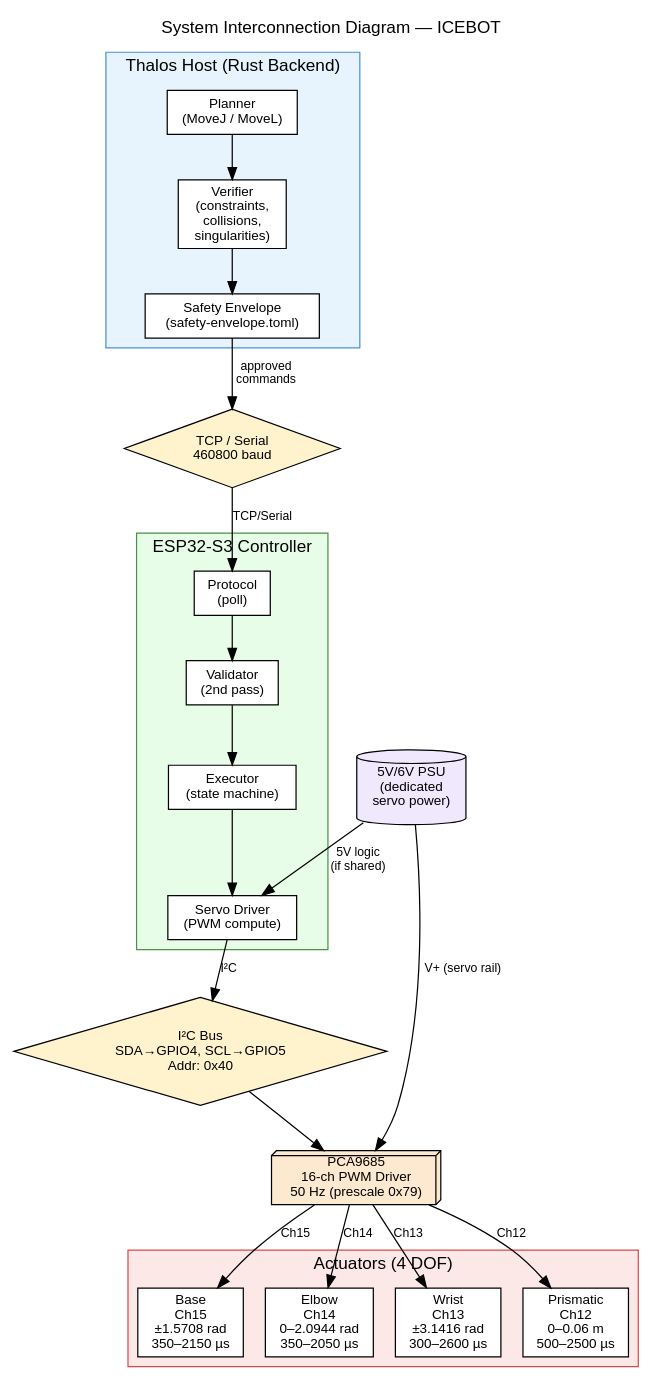
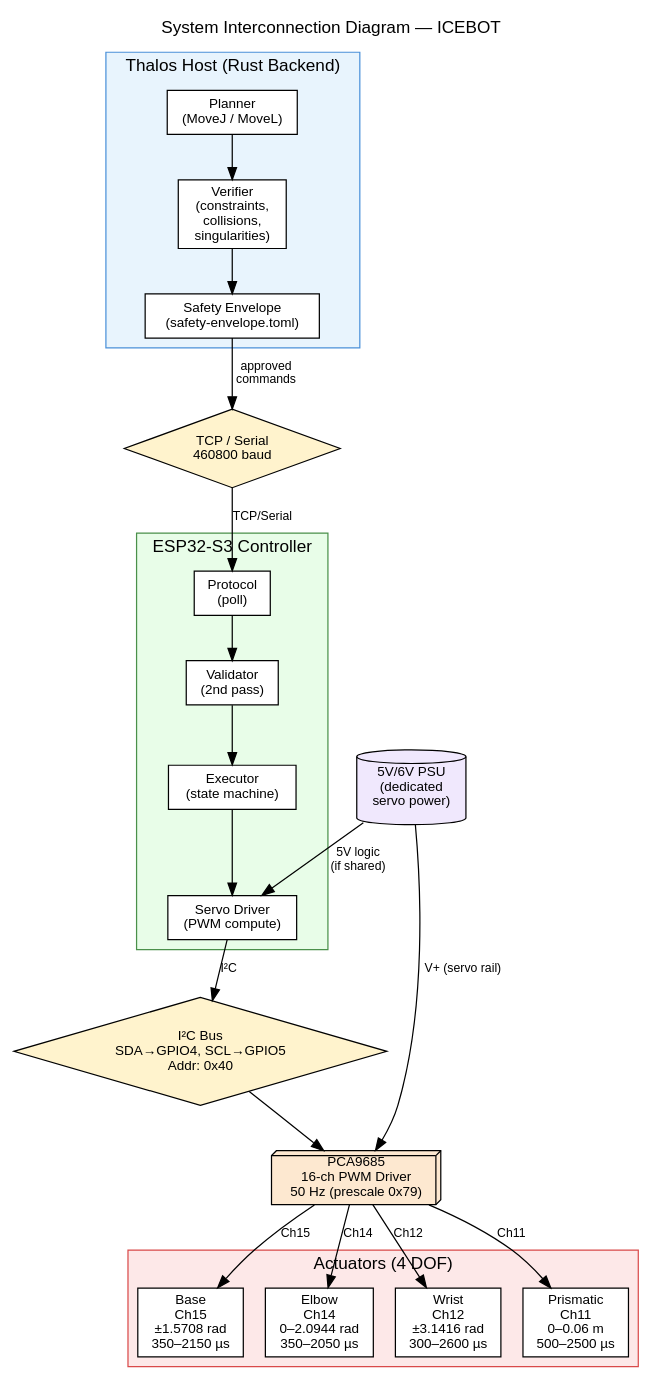
Before and after one commit to Void-CA/Thalos: the diagram in docs/deliverables/diagrams/system-interconnection.dot, drawn with Graphviz. The commit also changed 11 other files, not shown here.

```diff
--- a/docs/deliverables/diagrams/system-interconnection.dot
+++ b/docs/deliverables/diagrams/system-interconnection.dot
@@ -1,81 +1,81 @@
 // System Interconnection — ICEBOT physical architecture
 // Render: dot -Tsvg system-interconnection.dot -o system-interconnection.svg
 
 digraph system {
     rankdir=TB;
     fontname="Helvetica";
     node [fontname="Helvetica", fontsize=11];
     edge [fontname="Helvetica", fontsize=10];
     label="System Interconnection Diagram — ICEBOT";
     labelloc=t;
     fontsize=14;
 
     // ── Host ──────────────────────────────────────────────
     subgraph cluster_host {
         label="Thalos Host (Rust Backend)";
         style=filled;
         fillcolor="#E8F4FD";
         color="#4A90D9";
 
         node [shape=box, style=filled, fillcolor="#FFFFFF"];
         planning [label="Planner\n(MoveJ / MoveL)"];
         verify   [label="Verifier\n(constraints,\ncollisions,\nsingularities)"];
         safety_h [label="Safety Envelope\n(safety-envelope.toml)"];
     }
 
     // ── Transport ─────────────────────────────────────────
     transport [label="TCP / Serial\n460800 baud", shape=diamond, style=filled, fillcolor="#FFF3CD"];
 
     // ── ESP32 ─────────────────────────────────────────────
     subgraph cluster_esp32 {
         label="ESP32-S3 Controller";
         style=filled;
         fillcolor="#E8FDE8";
         color="#4A904A";
 
         node [shape=box, style=filled, fillcolor="#FFFFFF"];
         protocol [label="Protocol\n(poll)"];
         validator [label="Validator\n(2nd pass)"];
         executor [label="Executor\n(state machine)"];
         servo_drv [label="Servo Driver\n(PWM compute)"];
 
         protocol -> validator -> executor -> servo_drv;
     }
 
     // ── I2C Bus ───────────────────────────────────────────
     i2c [label="I²C Bus\nSDA→GPIO4, SCL→GPIO5\nAddr: 0x40", shape=diamond, style=filled, fillcolor="#FFF3CD"];
 
     // ── PCA9685 ───────────────────────────────────────────
     pca [label="PCA9685\n16-ch PWM Driver\n50 Hz (prescale 0x79)", shape=box3d, style=filled, fillcolor="#FDE8D0"];
 
     // ── Servos ────────────────────────────────────────────
     subgraph cluster_actuators {
         label="Actuators (4 DOF)";
         style=filled;
         fillcolor="#FDE8E8";
         color="#D94A4A";
 
         node [shape=box, style=filled, fillcolor="#FFFFFF"];
         s0 [label="Base\nCh15\n±1.5708 rad\n350–2150 µs"];
         s1 [label="Elbow\nCh14\n0–2.0944 rad\n350–2050 µs"];
-        s2 [label="Wrist\nCh13\n±3.1416 rad\n300–2600 µs"];
-        s3 [label="Prismatic\nCh12\n0–0.06 m\n500–2500 µs"];
+        s2 [label="Wrist\nCh12\n±3.1416 rad\n300–2600 µs"];
+        s3 [label="Prismatic\nCh11\n0–0.06 m\n500–2500 µs"];
     }
 
     // ── Power ─────────────────────────────────────────────
     psu [label="5V/6V PSU\n(dedicated\nservo power)", shape=cylinder, style=filled, fillcolor="#F0E8FD"];
 
     // ── Connections ───────────────────────────────────────
     planning -> verify -> safety_h;
     safety_h -> transport [label="approved\ncommands"];
     transport -> protocol [label="TCP/Serial"];
     servo_drv -> i2c [label="I²C"];
     i2c -> pca;
     pca -> s0 [label="Ch15"];
     pca -> s1 [label="Ch14"];
-    pca -> s2 [label="Ch13"];
-    pca -> s3 [label="Ch12"];
+    pca -> s2 [label="Ch12"];
+    pca -> s3 [label="Ch11"];
 
     psu -> pca [label="V+ (servo rail)"];
     psu -> servo_drv [label="5V logic\n(if shared)"];
 }
```
